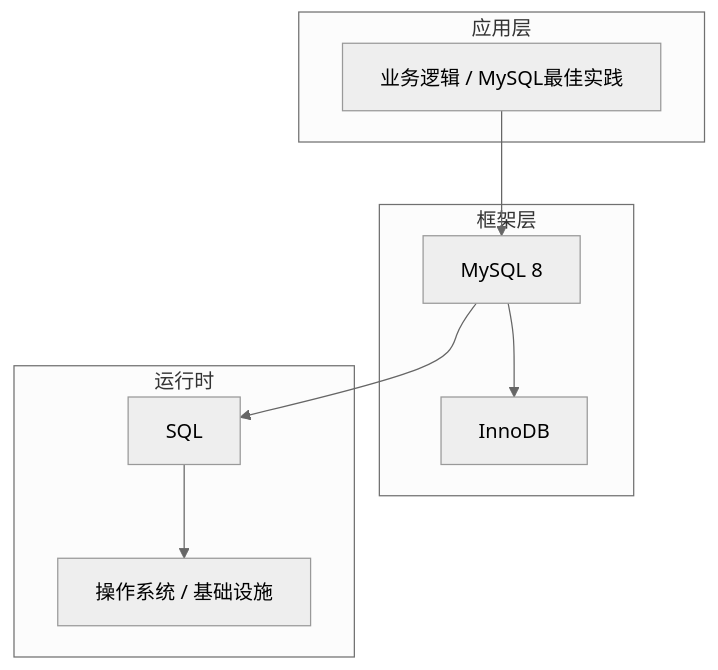
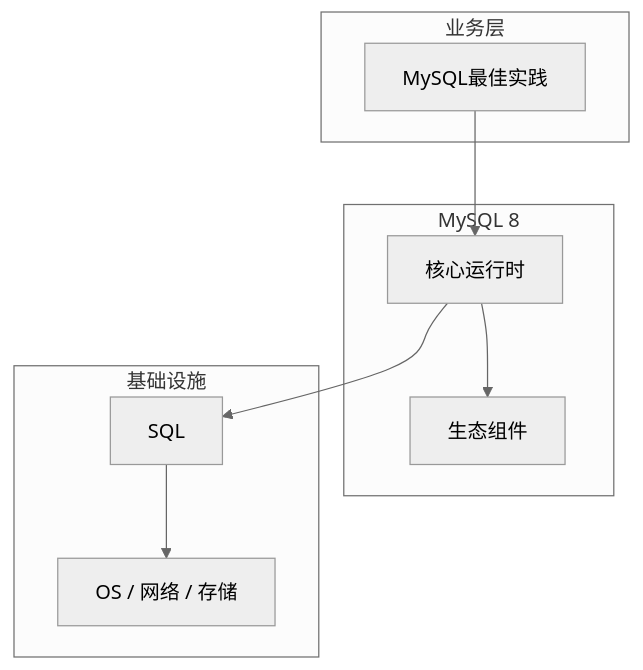
The diagram in articles/MySQL/chapters/191-MySQL最佳实践核心概念与原理.md (yanggan2015/knowledge-json-v2), drawn with Mermaid (neutral theme) before and after one commit. The commit also changed other lines of this file and 10127 other files, not shown here.

````diff
--- a/articles/MySQL/chapters/191-MySQL最佳实践核心概念与原理.md
+++ b/articles/MySQL/chapters/191-MySQL最佳实践核心概念与原理.md
@@ -45,18 +34,18 @@
 ```mermaid
 graph TB
-    subgraph 应用层
-        A[业务逻辑 / MySQL最佳实践]
+    subgraph 业务层
+        A[MySQL最佳实践]
     end
-    subgraph 框架层
-        B[MySQL 8]
-        C[InnoDB]
+    subgraph MySQL 8
+        B[核心运行时]
+        C[生态组件]
     end
-    subgraph 运行时
+    subgraph 基础设施
         D[SQL]
-        E[操作系统 / 基础设施]
+        E[OS / 网络 / 存储]
     end
     A --> B
     B --> C
     B --> D
     D --> E
 ```
````
